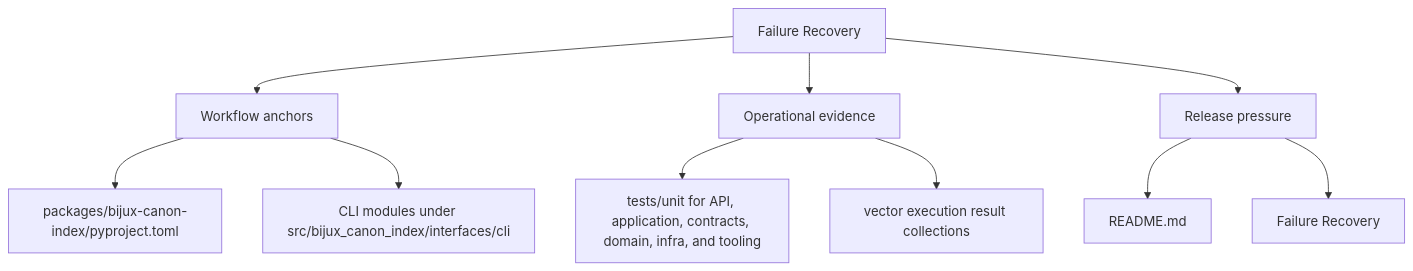
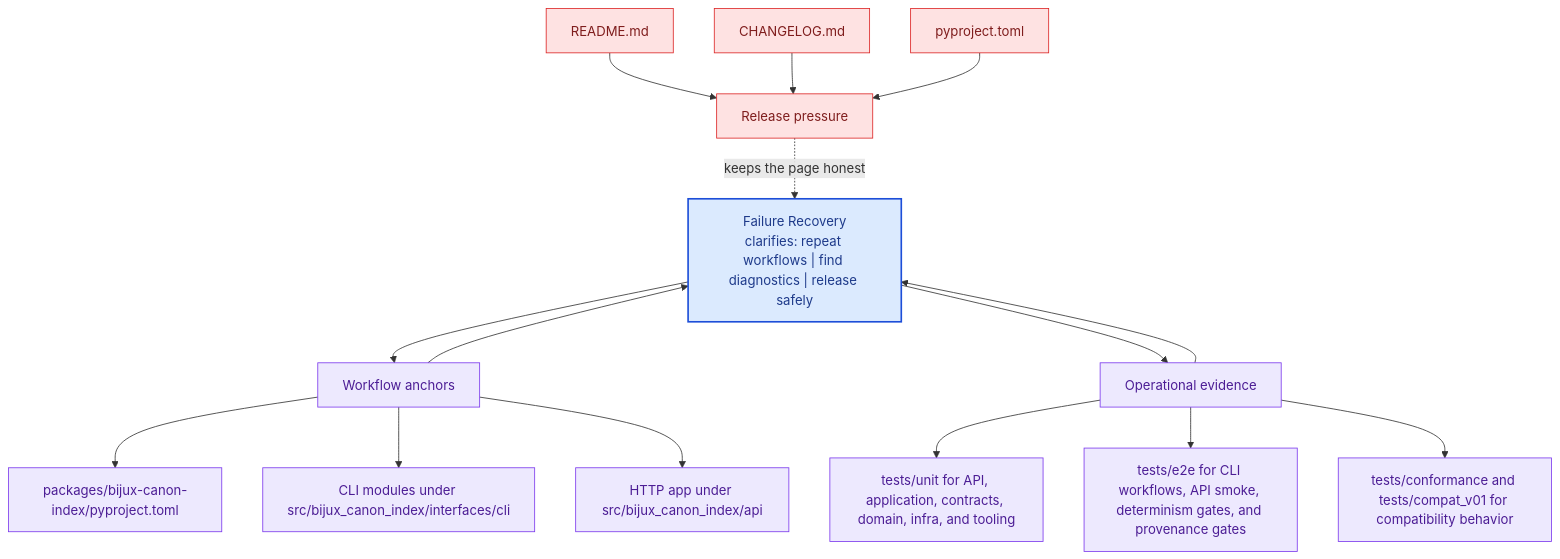
The second of 2 diagrams in docs/bijux-canon-index/operations/failure-recovery.md (bijux/bijux-canon), drawn with Mermaid before and after one commit. The commit also changed other lines of this file and 281 other files, not shown here.

Commit message:
docs(diagrams): deepen handbook mermaid maps across the catalog

````diff
--- a/docs/bijux-canon-index/operations/failure-recovery.md
+++ b/docs/bijux-canon-index/operations/failure-recovery.md
@@ -34,22 +67,41 @@
 ```mermaid
-flowchart TD
-    page["Failure Recovery"]
+flowchart TB
+    promise["Failure Recovery<br/>clarifies: repeat workflows | find diagnostics | release safely"]
+    classDef promise fill:#dbeafe,stroke:#1d4ed8,color:#1e3a8a,stroke-width:2px;
+    classDef driver fill:#dcfce7,stroke:#16a34a,color:#14532d;
+    classDef constraint fill:#fee2e2,stroke:#dc2626,color:#7f1d1d;
+    classDef ground fill:#ede9fe,stroke:#7c3aed,color:#4c1d95;
     focus1["Workflow anchors"]
-    page --> focus1
+    focus1 --> promise
+    promise --> focus1
     focus1_1["packages/bijux-canon-index/pyproject.toml"]
     focus1 --> focus1_1
     focus1_2["CLI modules under src/bijux_canon_index/interfaces/cli"]
     focus1 --> focus1_2
+    focus1_3["HTTP app under src/bijux_canon_index/api"]
+    focus1 --> focus1_3
+    class focus1 ground;
+    class focus1_1,focus1_2,focus1_3 ground;
     focus2["Operational evidence"]
-    page --> focus2
+    focus2 --> promise
+    promise --> focus2
     focus2_1["tests/unit for API, application, contracts, domain, infra, and tooling"]
     focus2 --> focus2_1
-    focus2_2["vector execution result collections"]
+    focus2_2["tests/e2e for CLI workflows, API smoke, determinism gates, and provenance gates"]
     focus2 --> focus2_2
+    focus2_3["tests/conformance and tests/compat_v01 for compatibility behavior"]
+    focus2 --> focus2_3
+    class focus2 ground;
+    class focus2_1,focus2_2,focus2_3 ground;
     focus3["Release pressure"]
-    page --> focus3
+    focus3 -.keeps the page honest.-> promise
     focus3_1["README.md"]
-    focus3 --> focus3_1
-    focus3_2["Failure Recovery"]
-    focus3 --> focus3_2
+    focus3_1 --> focus3
+    focus3_2["CHANGELOG.md"]
+    focus3_2 --> focus3
+    focus3_3["pyproject.toml"]
+    focus3_3 --> focus3
+    class focus3 constraint;
+    class focus3_1,focus3_2,focus3_3 constraint;
+    class promise promise;
 ```
````
